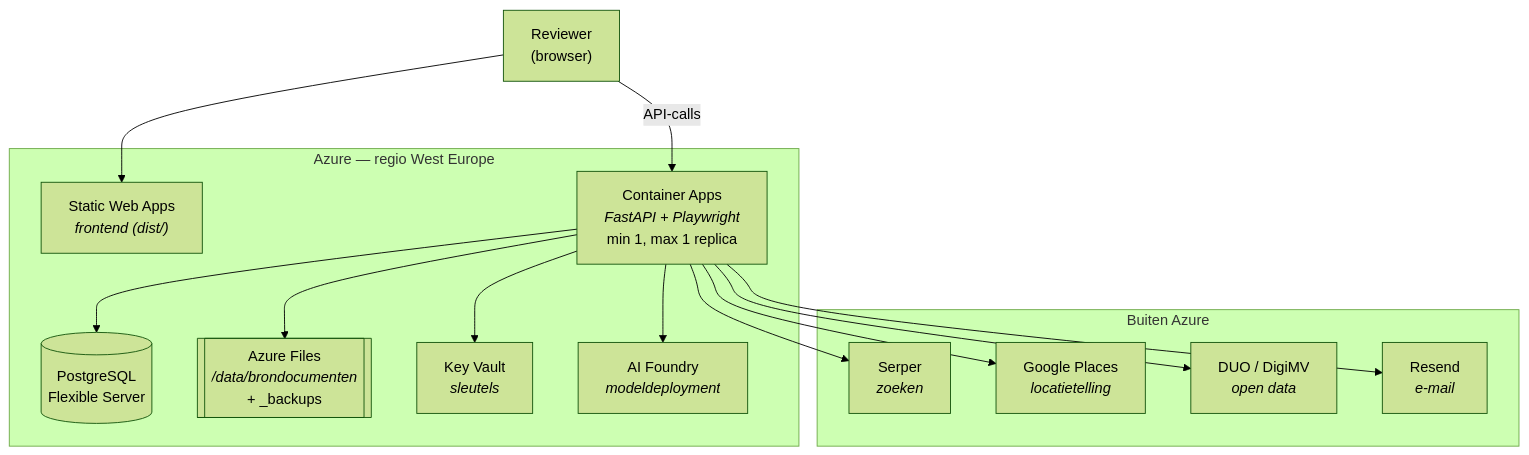
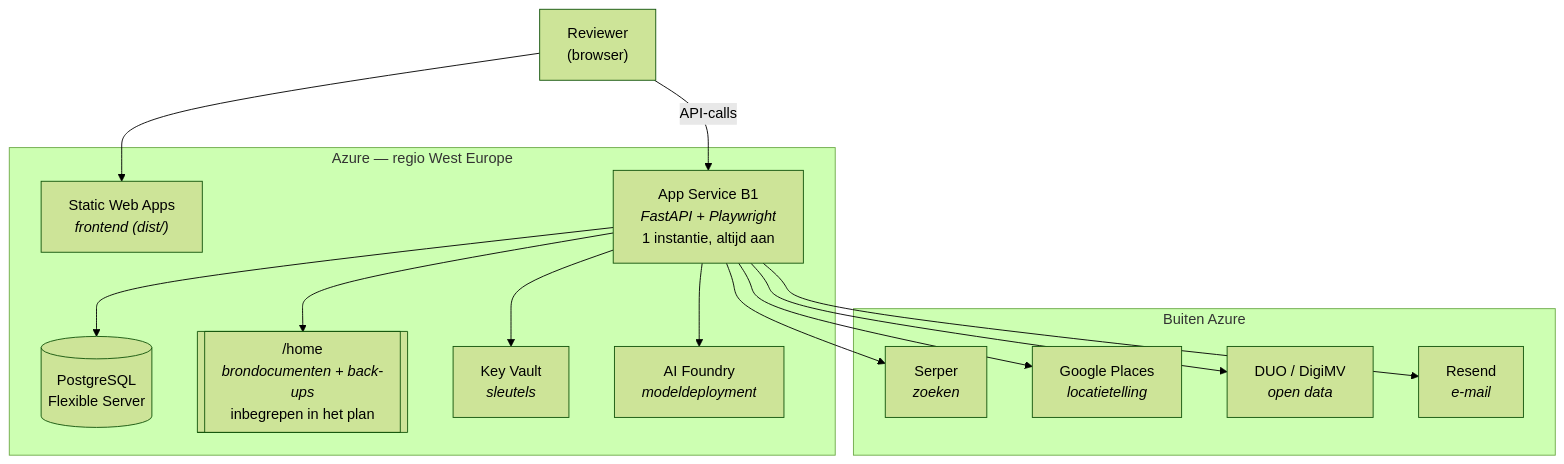
Before and after one commit to arryaetil/KYC4etil: the diagram in docs/azure-architectuur.md, drawn with Mermaid (forest theme). The commit also changed other lines of this file, not shown here.

First line of the commit message:
docs(azure): goedkopere vorm en een eerlijke vergelijking met Railway

````diff
--- a/docs/azure-architectuur.md
+++ b/docs/azure-architectuur.md
@@ -15,31 +20,31 @@
 ```mermaid
 flowchart TB
     reviewer["Reviewer<br/>(browser)"]
 
     subgraph azure["Azure — regio West Europe"]
         swa["Static Web Apps<br/><i>frontend (dist/)</i>"]
-        aca["Container Apps<br/><i>FastAPI + Playwright</i><br/>min 1, max 1 replica"]
+        app["App Service B1<br/><i>FastAPI + Playwright</i><br/>1 instantie, altijd aan"]
         pg[("PostgreSQL<br/>Flexible Server")]
-        files[["Azure Files<br/><i>/data/brondocumenten</i><br/>+ _backups"]]
+        files[["/home<br/><i>brondocumenten + back-ups</i><br/>inbegrepen in het plan"]]
         kv["Key Vault<br/><i>sleutels</i>"]
         foundry["AI Foundry<br/><i>modeldeployment</i>"]
     end
 
     subgraph extern["Buiten Azure"]
         serper["Serper<br/><i>zoeken</i>"]
         places["Google Places<br/><i>locatietelling</i>"]
         duo["DUO / DigiMV<br/><i>open data</i>"]
         resend["Resend<br/><i>e-mail</i>"]
     end
 
     reviewer --> swa
-    reviewer -->|"API-calls"| aca
-    aca --> pg
-    aca --> files
-    aca --> kv
-    aca --> foundry
-    aca --> serper
-    aca --> places
-    aca --> duo
-    aca --> resend
+    reviewer -->|"API-calls"| app
+    app --> pg
+    app --> files
+    app --> kv
+    app --> foundry
+    app --> serper
+    app --> places
+    app --> duo
+    app --> resend
 ```
````
